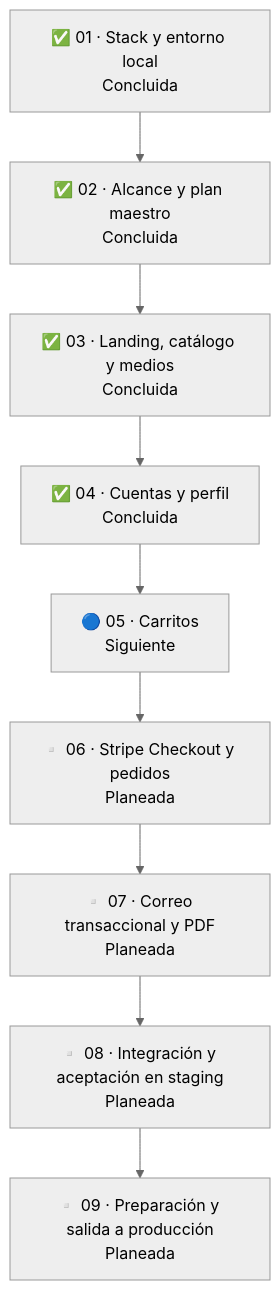
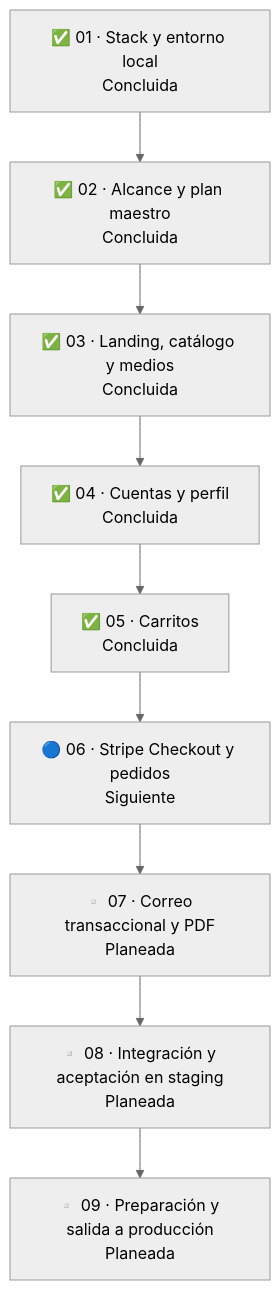
The diagram in docs/ROADMAP.md (sadamlg/sr_del_mictlan_mezcal), drawn with Mermaid (neutral theme) before and after one commit. The commit also changed other lines of this file and 33 other files, not shown here.

````diff
--- a/docs/ROADMAP.md
+++ b/docs/ROADMAP.md
@@ -7,11 +7,11 @@
 ```mermaid
 flowchart TB
     p01["✅ 01 · Stack y entorno local<br/>Concluida"] --> p02["✅ 02 · Alcance y plan maestro<br/>Concluida"]
     p02 --> p03["✅ 03 · Landing, catálogo y medios<br/>Concluida"]
     p03 --> p04["✅ 04 · Cuentas y perfil<br/>Concluida"]
-    p04 --> p05["🔵 05 · Carritos<br/>Siguiente"]
-    p05 --> p06["▫️ 06 · Stripe Checkout y pedidos<br/>Planeada"]
+    p04 --> p05["✅ 05 · Carritos<br/>Concluida"]
+    p05 --> p06["🔵 06 · Stripe Checkout y pedidos<br/>Siguiente"]
     p06 --> p07["▫️ 07 · Correo transaccional y PDF<br/>Planeada"]
     p07 --> p08["▫️ 08 · Integración y aceptación en staging<br/>Planeada"]
     p08 --> p09["▫️ 09 · Preparación y salida a producción<br/>Planeada"]
 ```
````
